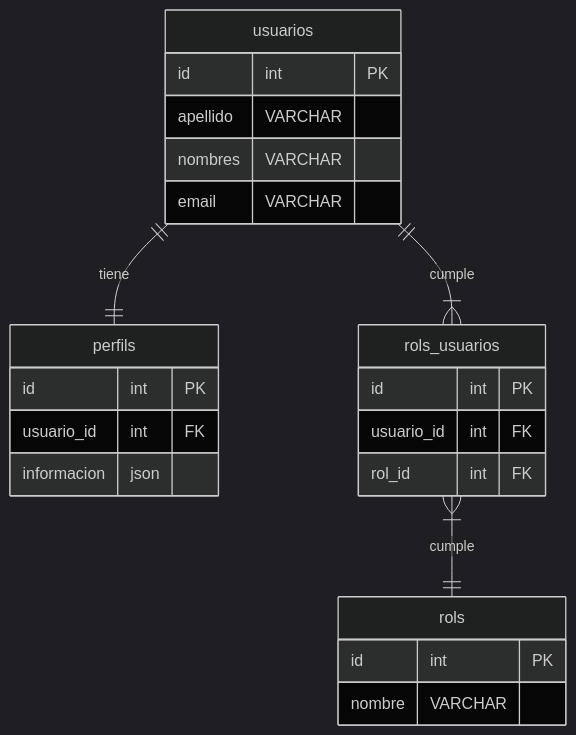
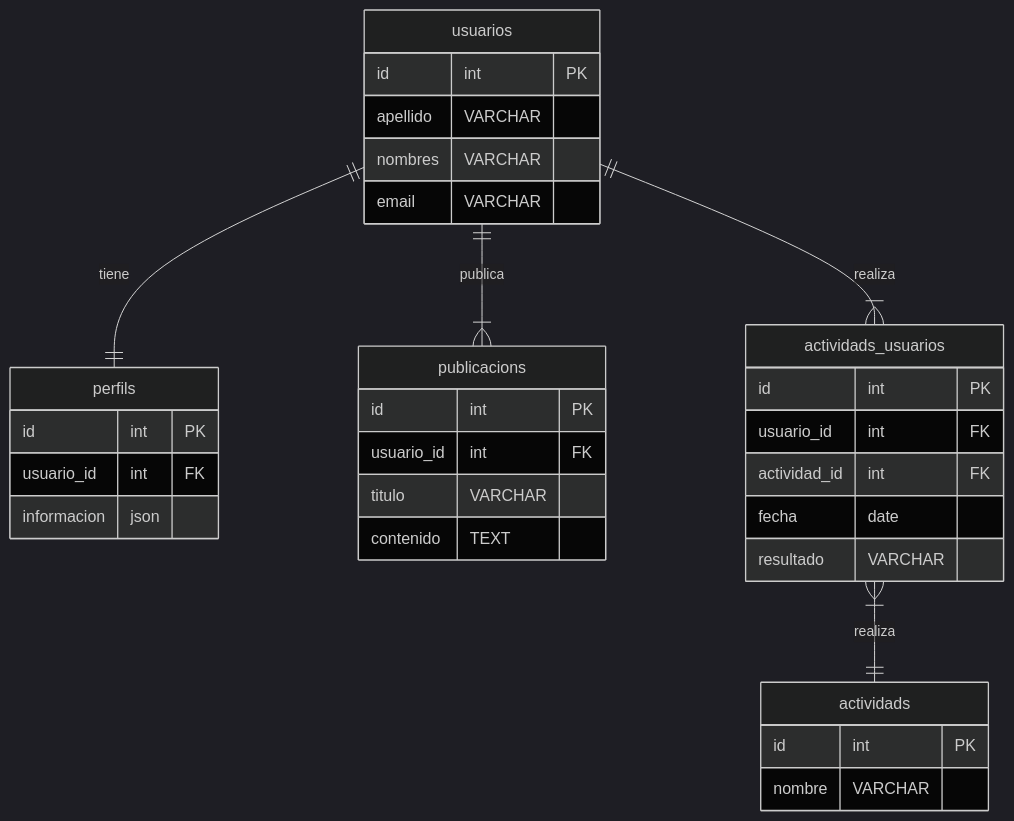
The second of 5 diagrams in migrations.md (eormeno/dbacki_2024), drawn with Mermaid (dark theme) before and after one commit. The commit also changed other lines of this file, not shown here.

````diff
--- a/migrations.md
+++ b/migrations.md
@@ -88,26 +89,35 @@
 ```mermaid
 erDiagram
     usuarios ||--|| perfils : tiene
-    usuarios ||--|{ rols_usuarios : cumple
-    rols_usuarios }|--|| rols : cumple
+    usuarios ||--|{ publicacions : publica
+    usuarios ||--|{ actividads_usuarios : realiza
+    actividads_usuarios }|--|| actividads : realiza
     usuarios {
         id int PK
         apellido VARCHAR
         nombres VARCHAR
         email VARCHAR
     }
+    publicacions {
+        id int PK
+        usuario_id int FK
+        titulo VARCHAR
+        contenido TEXT
+    }
     perfils {
         id int PK
         usuario_id int FK
         informacion json
     }
-    rols {
+    actividads {
         id int PK
         nombre VARCHAR
     }
-    rols_usuarios {
+    actividads_usuarios {
         id int PK
         usuario_id int FK
-        rol_id int FK
+        actividad_id int FK
+        fecha date
+        resultado VARCHAR
     }
 ```
````
